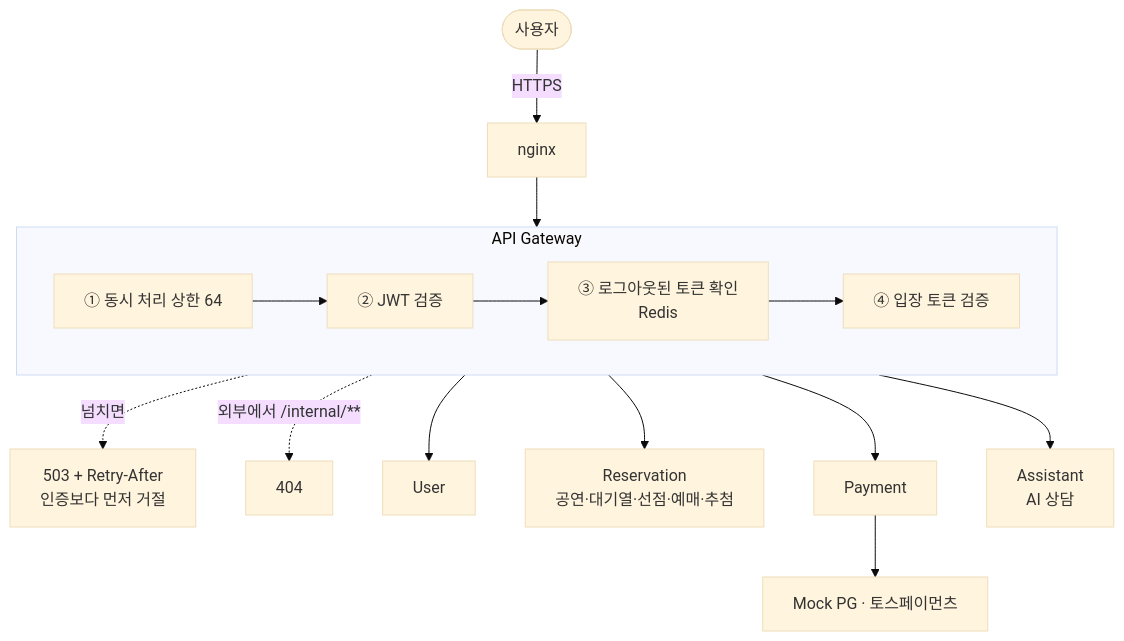
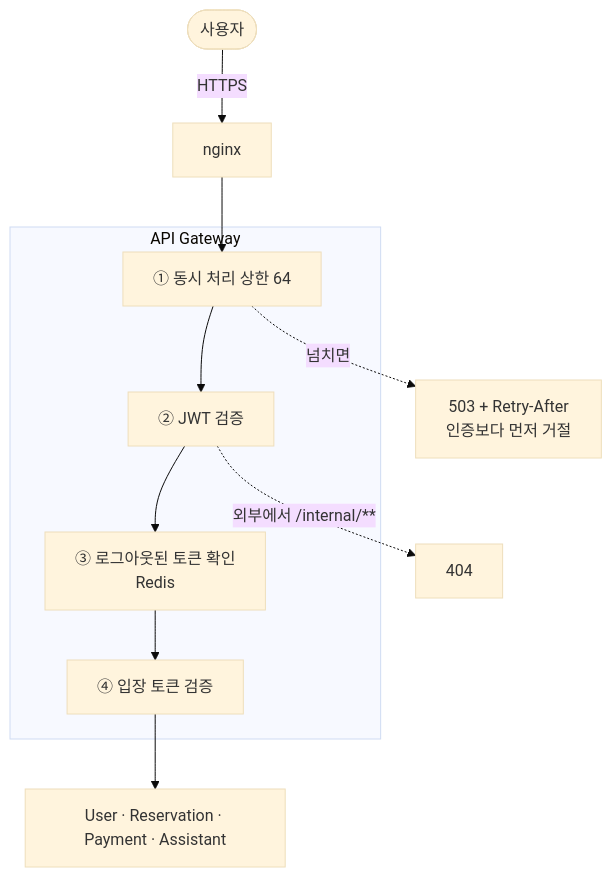
The third of 10 diagrams in README.md (GGangMY/high-quality-ticketing-system), drawn with Mermaid (base theme) before and after one commit. The commit also changed other lines of this file and 2 other files, not shown here.

````diff
--- a/README.md
+++ b/README.md
@@ -142,20 +139,15 @@
 ```mermaid
 flowchart TB
   U(["사용자"]) -->|HTTPS| N["nginx"]
   N --> G1
 
   subgraph GW["API Gateway"]
-    direction LR
     G1["① 동시 처리 상한 64"] --> G2["② JWT 검증"]
     G2 --> G3["③ 로그아웃된 토큰 확인<br/>Redis"]
     G3 --> G4["④ 입장 토큰 검증"]
   end
 
   G1 -.->|넘치면| R503["503 + Retry-After<br/>인증보다 먼저 거절"]
   G2 -.->|"외부에서 /internal/**"| R404["404"]
-  G4 --> USR["User"]
-  G4 --> RES["Reservation<br/>공연·대기열·선점·예매·추첨"]
-  G4 --> PAY["Payment"]
-  G4 --> AI["Assistant<br/>AI 상담"]
-  PAY --> PG["Mock PG · 토스페이먼츠"]
+  G4 --> SVC["User · Reservation · Payment · Assistant"]
 ```
````
